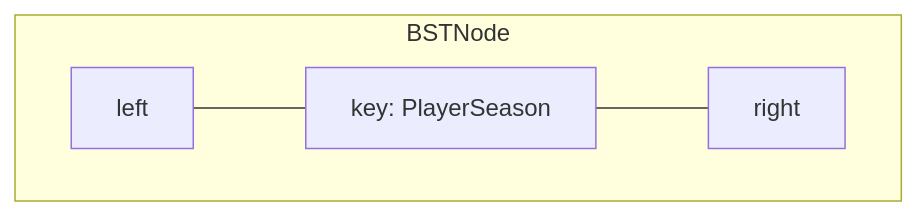
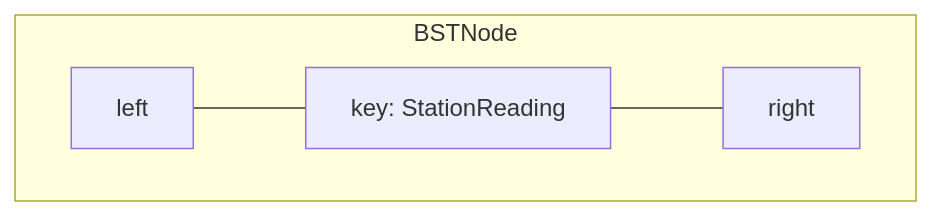
Before and after one commit to qgjones9/python-programming-guide: the third of 7 diagrams in docs/dsa/data-structures/binary-search-tree/index.md, drawn with Mermaid. The commit also changed other lines of this file and 29 other files, not shown here.

````diff
--- a/docs/dsa/data-structures/binary-search-tree/index.md
+++ b/docs/dsa/data-structures/binary-search-tree/index.md
@@ -109,10 +107,10 @@
 ```mermaid
 flowchart TB
   subgraph node["BSTNode"]
-    K["key: PlayerSeason"]
+    K["key: StationReading"]
     L["left"]
     R["right"]
   end
   L --- K
   K --- R
 ```
````
